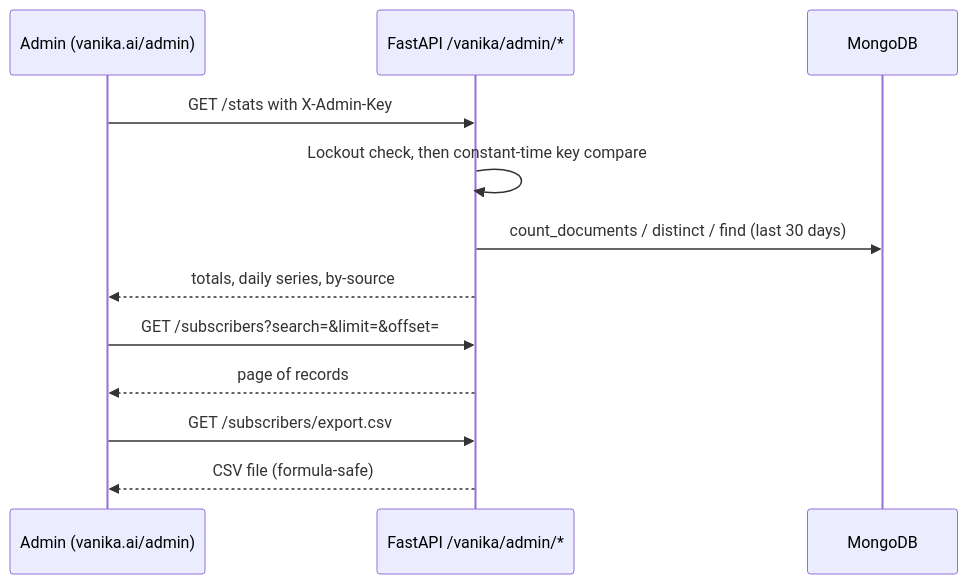
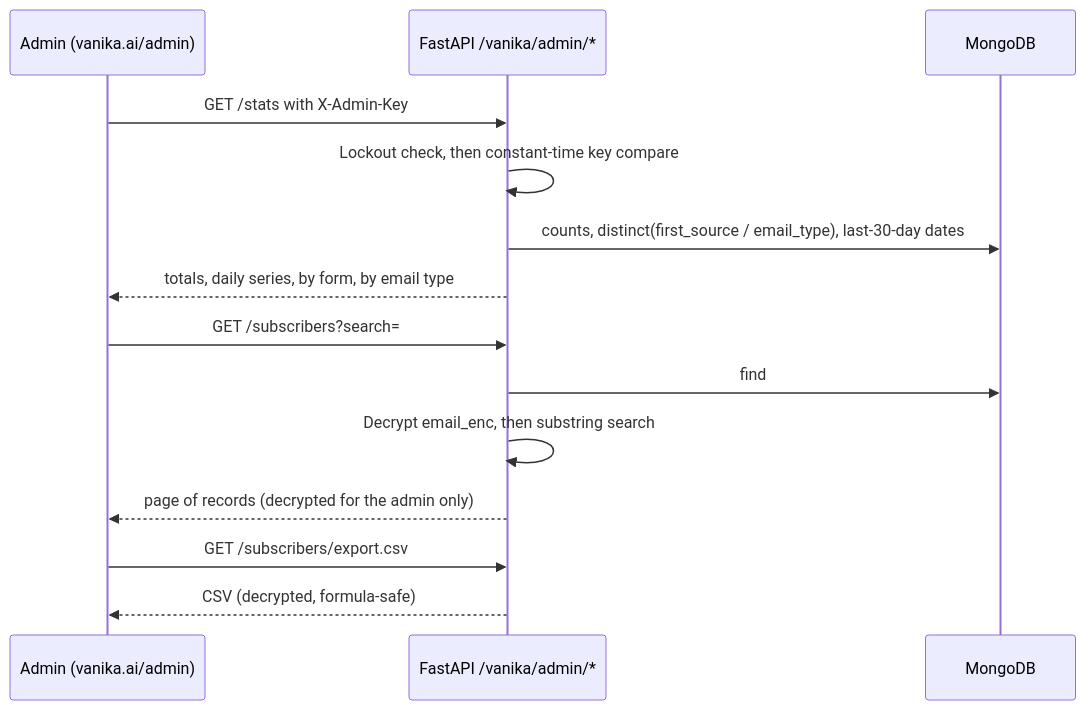
The third of 3 diagrams in docs/ARCHITECTURE.md (adityapuppala1/Vanika_Ai_Website), drawn with Mermaid before and after one commit. The commit also changed other lines of this file and 32 other files, not shown here.

````diff
--- a/docs/ARCHITECTURE.md
+++ b/docs/ARCHITECTURE.md
@@ -94,15 +116,17 @@
 ```mermaid
 sequenceDiagram
     participant A as Admin (vanika.ai/admin)
     participant API as FastAPI /vanika/admin/*
     participant DB as MongoDB
 
     A->>API: GET /stats with X-Admin-Key
     API->>API: Lockout check, then constant-time key compare
-    API->>DB: count_documents / distinct / find (last 30 days)
-    API-->>A: totals, daily series, by-source
-    A->>API: GET /subscribers?search=&limit=&offset=
-    API-->>A: page of records
+    API->>DB: counts, distinct(first_source / email_type), last-30-day dates
+    API-->>A: totals, daily series, by form, by email type
+    A->>API: GET /subscribers?search=
+    API->>DB: find
+    API->>API: Decrypt email_enc, then substring search
+    API-->>A: page of records (decrypted for the admin only)
     A->>API: GET /subscribers/export.csv
-    API-->>A: CSV file (formula-safe)
+    API-->>A: CSV (decrypted, formula-safe)
 ```
````
